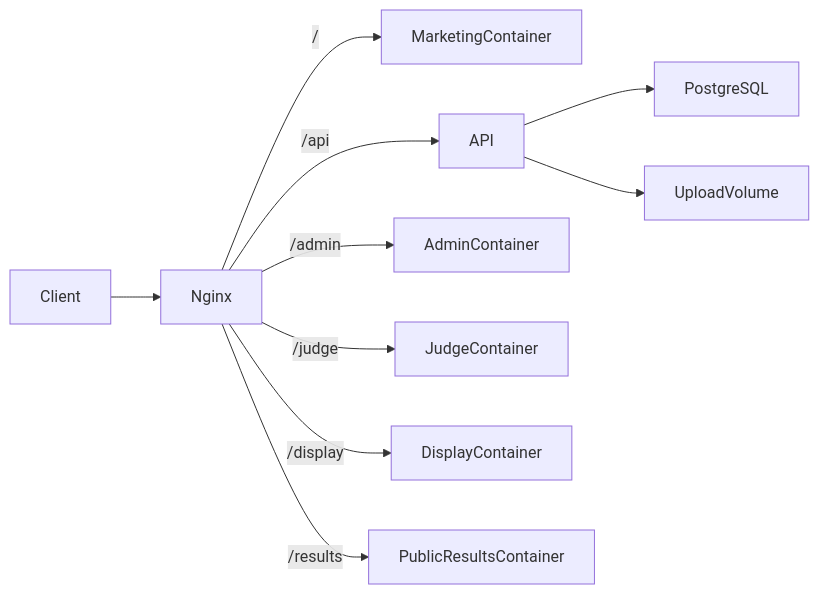
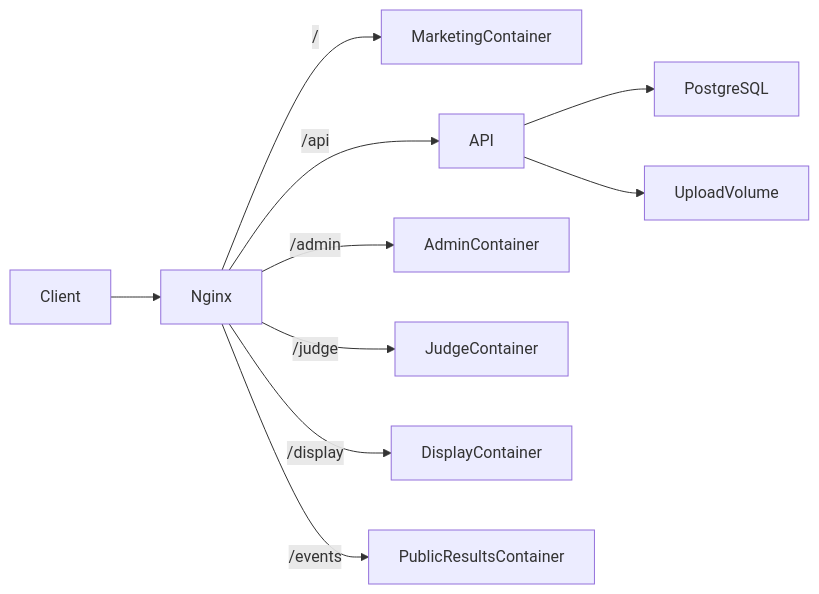
The fifth of 5 diagrams in docs/architecture/OVERVIEW.md (Pratap22/aerojudge-accuracy-cms), drawn with Mermaid before and after one commit. The commit also changed 23 other files, not shown here.

Commit message:
Updated the path from results to events

````diff
--- a/docs/architecture/OVERVIEW.md
+++ b/docs/architecture/OVERVIEW.md
@@ -237,12 +237,12 @@
 ```mermaid
 flowchart LR
     Client --> Nginx
     Nginx -->|/| MarketingContainer
     Nginx -->|/api| API
     Nginx -->|/admin| AdminContainer
     Nginx -->|/judge| JudgeContainer
     Nginx -->|/display| DisplayContainer
-    Nginx -->|/results| PublicResultsContainer
+    Nginx -->|/events| PublicResultsContainer
     API --> PostgreSQL
     API --> UploadVolume
 ```
````
